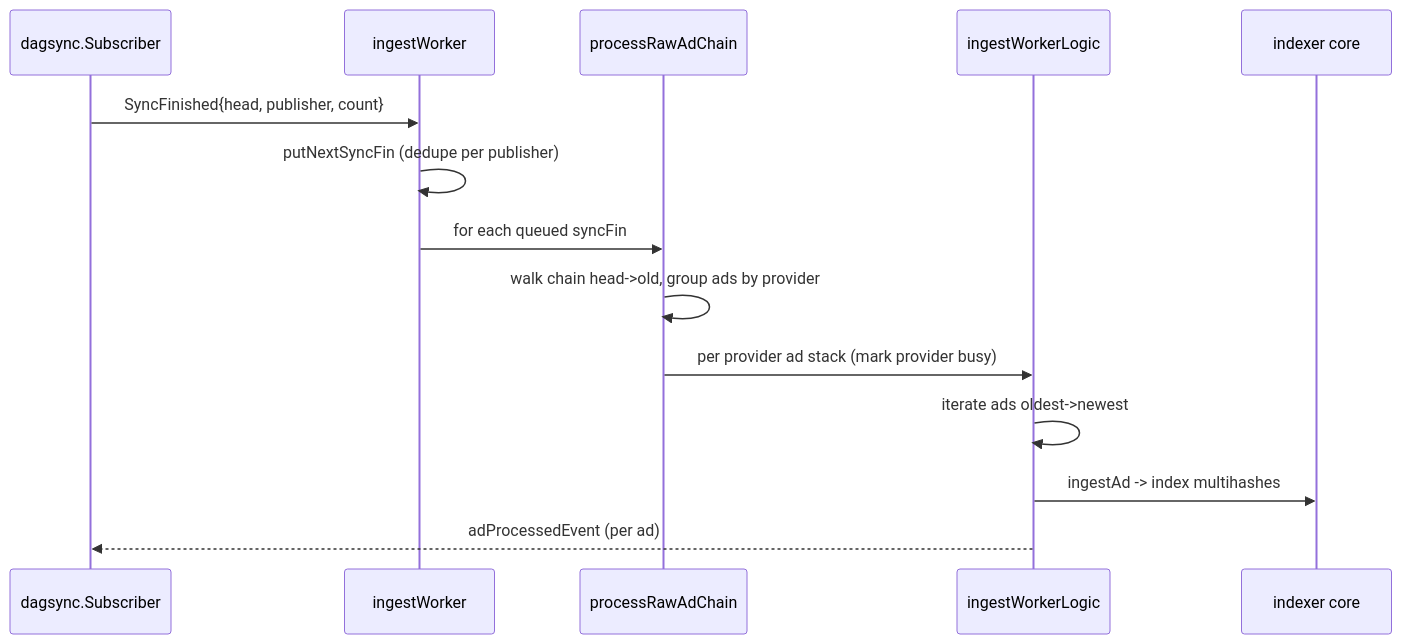
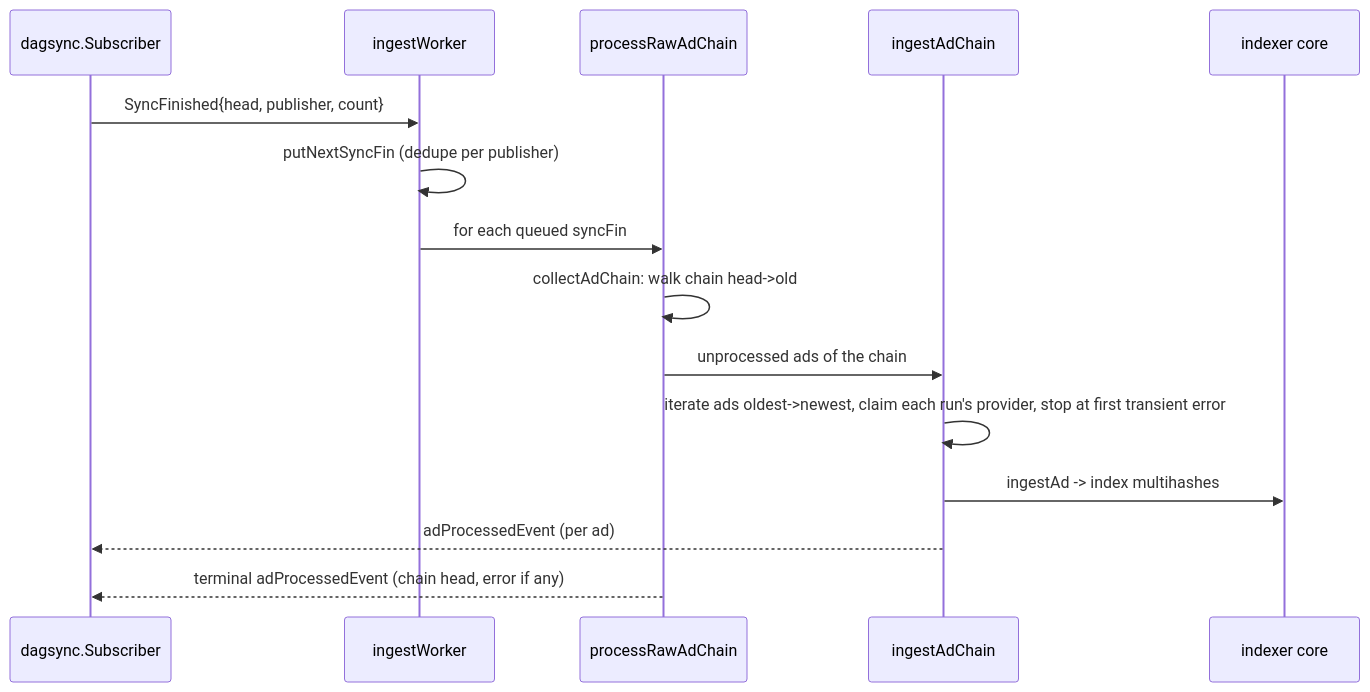
Before and after one commit to ipni/storetheindex: the second of 4 diagrams in doc/ingestion.md, drawn with Mermaid. The commit also changed other lines of this file and 2 other files, not shown here.

First line of the commit message:
ingest: Ingest an ad chain in chain order across its providers

````diff
--- a/doc/ingestion.md
+++ b/doc/ingestion.md
@@ -200,17 +200,18 @@
 ```mermaid
 sequenceDiagram
   participant Sub as dagsync.Subscriber
   participant W as ingestWorker
   participant P as processRawAdChain
-  participant WL as ingestWorkerLogic
+  participant WL as ingestAdChain
   participant Core as indexer core
 
   Sub->>W: SyncFinished{head, publisher, count}
   W->>W: putNextSyncFin (dedupe per publisher)
   W->>P: for each queued syncFin
-  P->>P: walk chain head->old, group ads by provider
-  P->>WL: per provider ad stack (mark provider busy)
-  WL->>WL: iterate ads oldest->newest
+  P->>P: collectAdChain: walk chain head->old
+  P->>WL: unprocessed ads of the chain
+  WL->>WL: iterate ads oldest->newest, claim each run's provider, stop at first transient error
   WL->>Core: ingestAd -> index multihashes
   WL-->>Sub: adProcessedEvent (per ad)
+  P-->>Sub: terminal adProcessedEvent (chain head, error if any)
 ```
````
